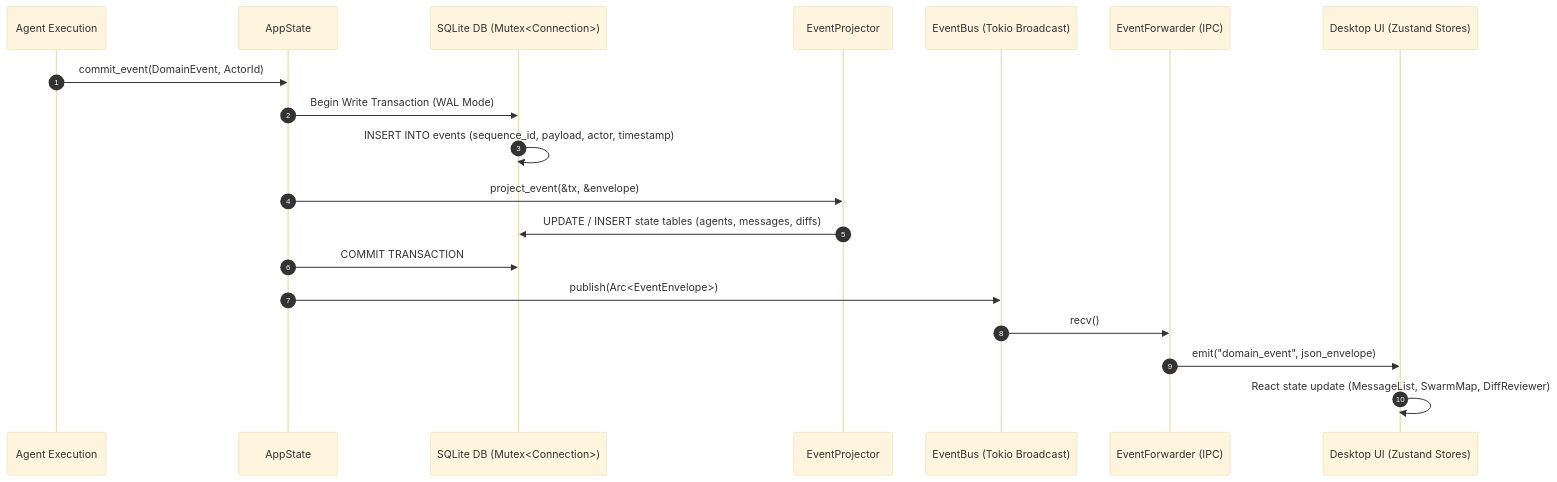
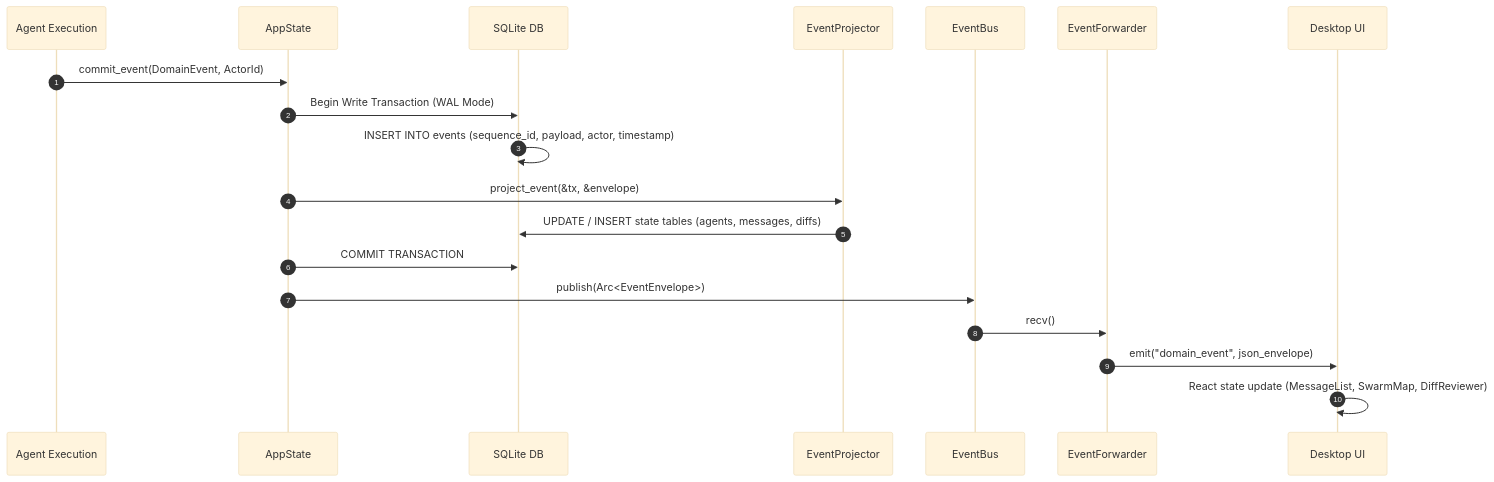
The second of 10 diagrams in docs/ARCHITECTURE.md (abhayzangir1/trans4mer), drawn with Mermaid (base theme) before and after one commit. The commit also changed other lines of this file, not shown here.

Commit message:
docs: sanitize Mermaid diagram syntax for GitHub native renderer

````diff
--- a/docs/ARCHITECTURE.md
+++ b/docs/ARCHITECTURE.md
@@ -81,22 +81,22 @@
 ```mermaid
 sequenceDiagram
     autonumber
     participant Agent as Agent Execution
     participant AppState as AppState
-    participant DB as SQLite DB (Mutex<Connection>)
+    participant DB as SQLite DB
     participant Projector as EventProjector
-    participant Bus as EventBus (Tokio Broadcast)
-    participant Forwarder as EventForwarder (IPC)
-    participant UI as Desktop UI (Zustand Stores)
+    participant Bus as EventBus
+    participant Forwarder as EventForwarder
+    participant UI as Desktop UI
 
     Agent->>AppState: commit_event(DomainEvent, ActorId)
     AppState->>DB: Begin Write Transaction (WAL Mode)
     DB->>DB: INSERT INTO events (sequence_id, payload, actor, timestamp)
     AppState->>Projector: project_event(&tx, &envelope)
     Projector->>DB: UPDATE / INSERT state tables (agents, messages, diffs)
     AppState->>DB: COMMIT TRANSACTION
     AppState->>Bus: publish(Arc<EventEnvelope>)
     Bus->>Forwarder: recv()
     Forwarder->>UI: emit("domain_event", json_envelope)
     UI->>UI: React state update (MessageList, SwarmMap, DiffReviewer)
 ```
````
